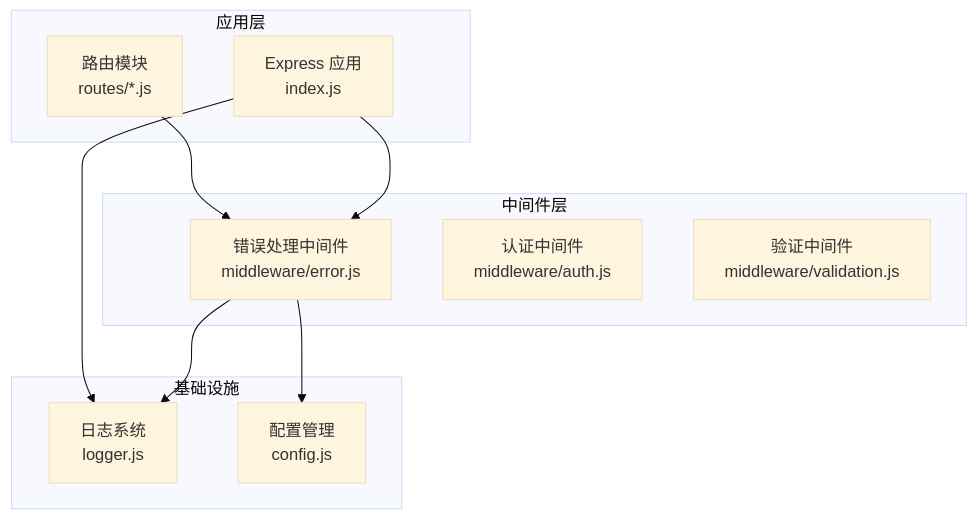
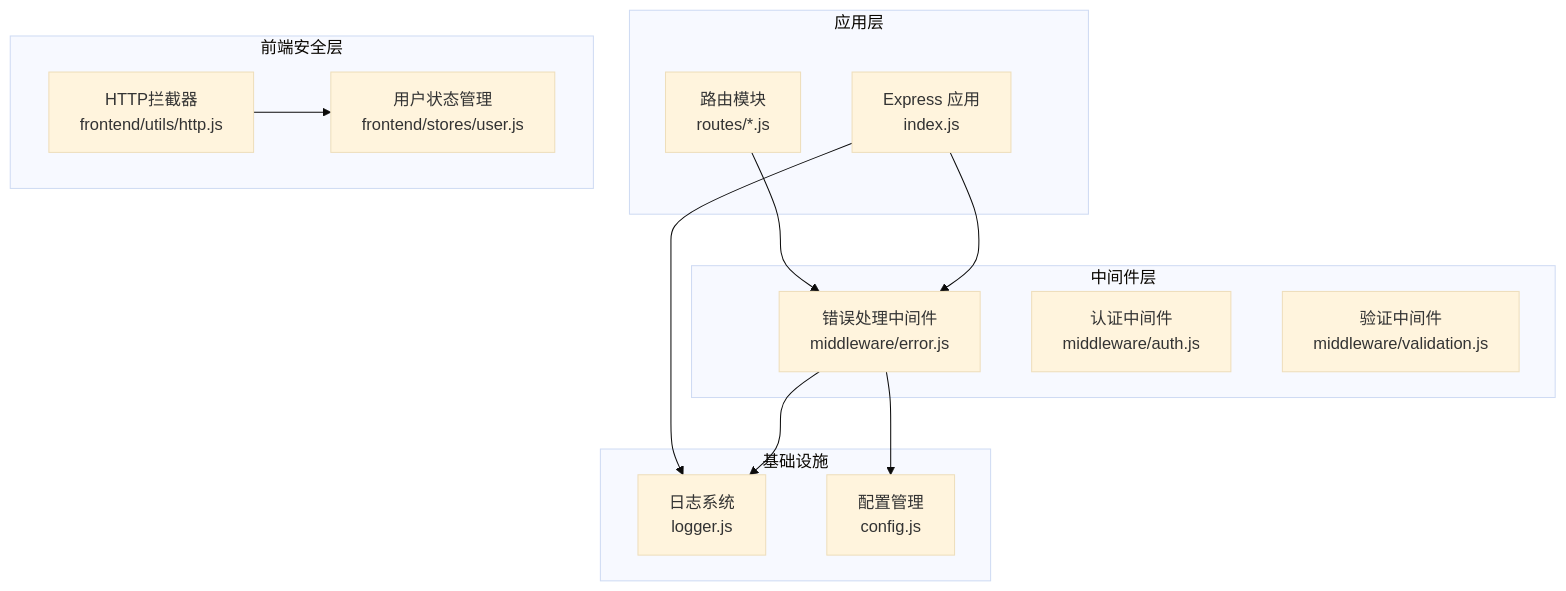
One commit to Giraffe-Han/microAPP changed the first of 10 diagrams in .qoder/repowiki/zh/content/后端服务架构/核心服务模块/中间件系统/错误处理中间件.md. Above: the diagram before and after it, drawn with Mermaid (base theme). The commit also changed other lines of this file and 6 other files, not shown here.

````diff
--- a/.qoder/repowiki/zh/content/后端服务架构/核心服务模块/中间件系统/错误处理中间件.md
+++ b/.qoder/repowiki/zh/content/后端服务架构/核心服务模块/中间件系统/错误处理中间件.md
@@ -39,21 +52,26 @@
 ```mermaid
 graph TB
 subgraph "中间件层"
 EWM[错误处理中间件<br/>middleware/error.js]
 AM[认证中间件<br/>middleware/auth.js]
 VM[验证中间件<br/>middleware/validation.js]
 end
 subgraph "应用层"
 APP[Express 应用<br/>index.js]
 ROUTES[路由模块<br/>routes/*.js]
 end
 subgraph "基础设施"
 LOG[日志系统<br/>logger.js]
 CFG[配置管理<br/>config.js]
 end
+subgraph "前端安全层"
+HTTP[HTTP拦截器<br/>frontend/utils/http.js]
+USER[用户状态管理<br/>frontend/stores/user.js]
+end
 EWM --> LOG
 EWM --> CFG
 APP --> EWM
 ROUTES --> EWM
 APP --> LOG
+HTTP --> USER
 ```
````
